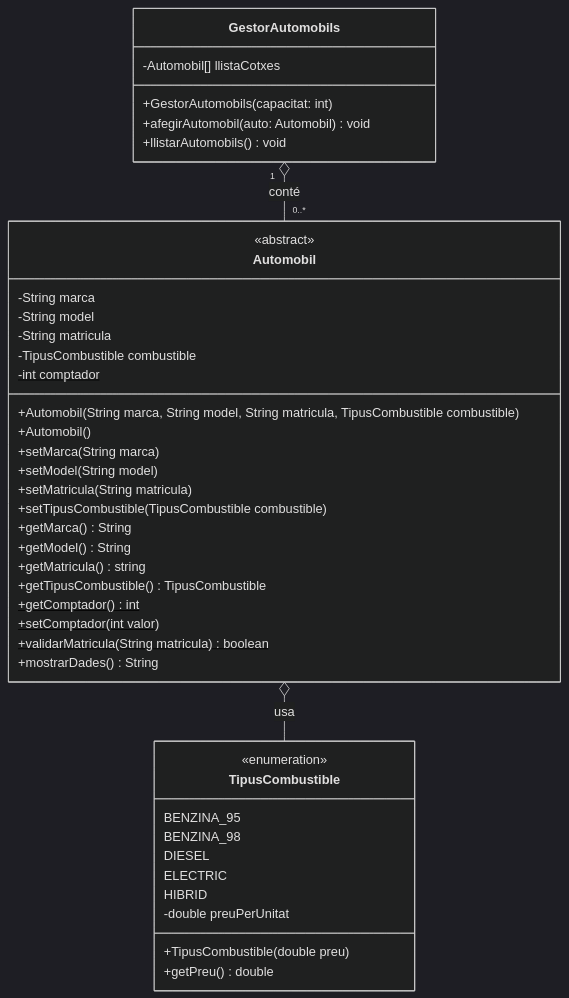
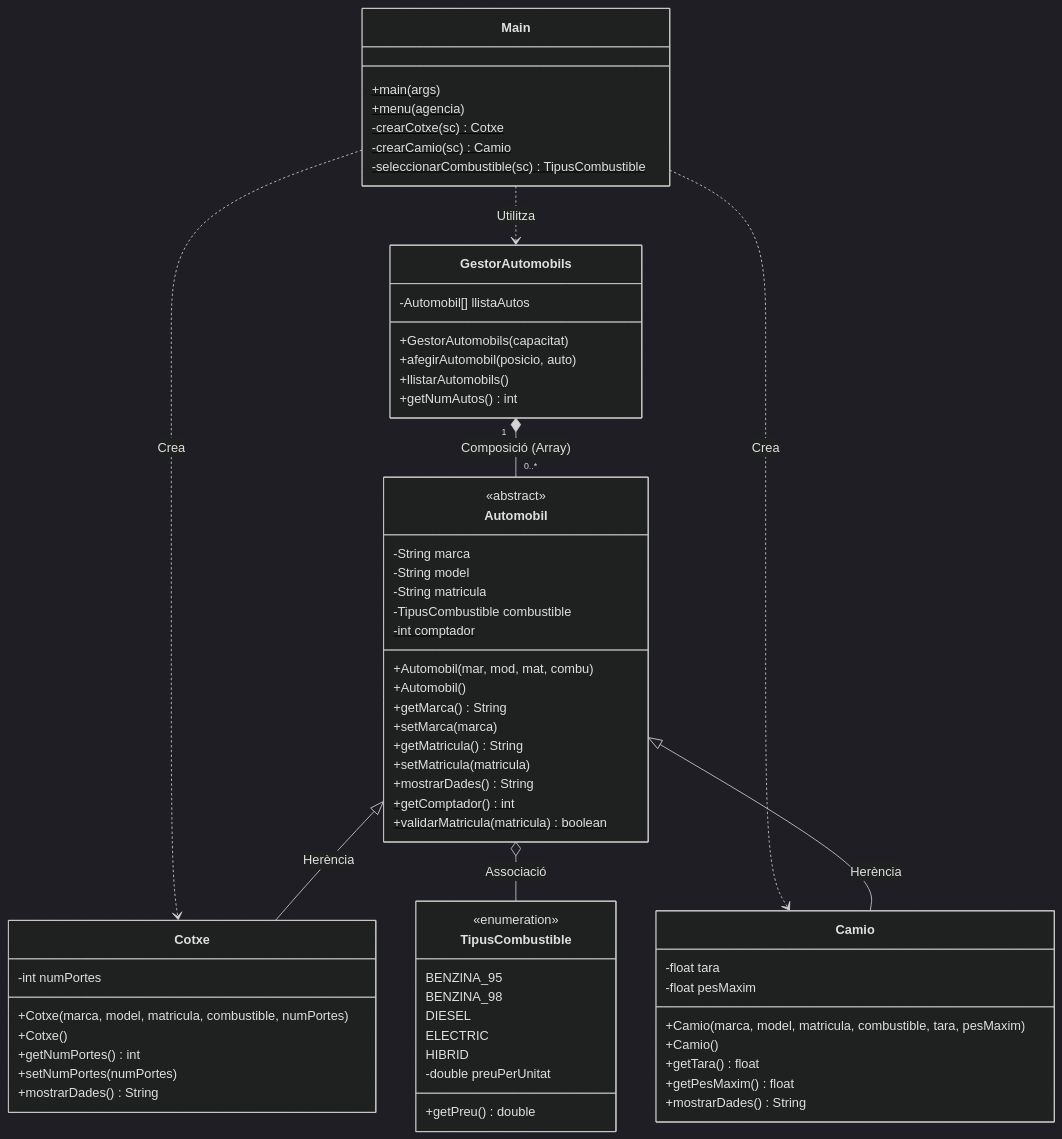
The diagram in UML_gestorautomobil.mmd (jraichs01/app-llogauto), drawn with Mermaid (dark theme) before and after one commit.

Commit message:
" Modificació de UML, finalitzat"

```diff
--- a/UML_gestorautomobil.mmd
+++ b/UML_gestorautomobil.mmd
@@ -1,50 +1,72 @@
 classDiagram
-    class GestorAutomobils {
-        -Automobil[] llistaCotxes
-        +GestorAutomobils(capacitat: int)
-        +afegirAutomobil(auto: Automobil) void
-        +llistarAutomobils() void
-    }
-
-
-    %% modifiqueu la classe Automobil perquè coincideixi amb la classe Automobil definida anteriorment
     class Automobil {
         <<abstract>>
         -String marca
         -String model
         -String matricula
         -TipusCombustible combustible
         -int comptador$
-        +Automobil(String marca, String model, String matricula, TipusCombustible combustible)
+        +Automobil(mar, mod, mat, combu)
         +Automobil()
-        +setMarca(String marca)
-        +setModel(String model)
-        +setMatricula(String matricula)
-        +setTipusCombustible(TipusCombustible combustible)
         +getMarca() String
-        +getModel() String
-        +getMatricula() string
-        +getTipusCombustible() TipusCombustible
+        +setMarca(marca)
+        +getMatricula() String
+        +setMatricula(matricula)
+        +mostrarDades() String
+        +getComptador() int$
+        +validarMatricula(matricula) boolean$
+    }
 
+    class Cotxe {
+        -int numPortes
+        +Cotxe(marca, model, matricula, combustible, numPortes)
+        +Cotxe()
+        +getNumPortes() int
+        +setNumPortes(numPortes)
+        +mostrarDades() String
+    }
 
-        +getComptador()$ int
-        %% setComptador --> per inicialitzar-lo
-        +setComptador(int valor)$
-        +validarMatricula(String matricula)$ boolean
+    class Camio {
+        -float tara
+        -float pesMaxim
+        +Camio(marca, model, matricula, combustible, tara, pesMaxim)
+        +Camio()
+        +getTara() float
+        +getPesMaxim() float
         +mostrarDades() String
     }
 
     class TipusCombustible {
         <<enumeration>>
         BENZINA_95
         BENZINA_98
         DIESEL
         ELECTRIC
         HIBRID
         -double preuPerUnitat
-        +TipusCombustible(double preu)
         +getPreu() double
     }
 
-    GestorAutomobils "1" o-- "0..*" Automobil : conté
-    Automobil o-- TipusCombustible : usa
+    class GestorAutomobils {
+        -Automobil[] llistaAutos
+        +GestorAutomobils(capacitat)
+        +afegirAutomobil(posicio, auto)
+        +llistarAutomobils()
+        +getNumAutos() int
+    }
+
+    class Main {
+        +main(args)$
+        +menu(agencia)$
+        -crearCotxe(sc) Cotxe$
+        -crearCamio(sc) Camio$
+        -seleccionarCombustible(sc) TipusCombustible$
+    }
+
+    Automobil <|-- Cotxe : Herència
+    Automobil <|-- Camio : Herència
+    Automobil o-- TipusCombustible : Associació
+    GestorAutomobils "1" *-- "0..*" Automobil : Composició (Array)
+    Main ..> GestorAutomobils : Utilitza
+    Main ..> Cotxe : Crea
+    Main ..> Camio : Crea
```
